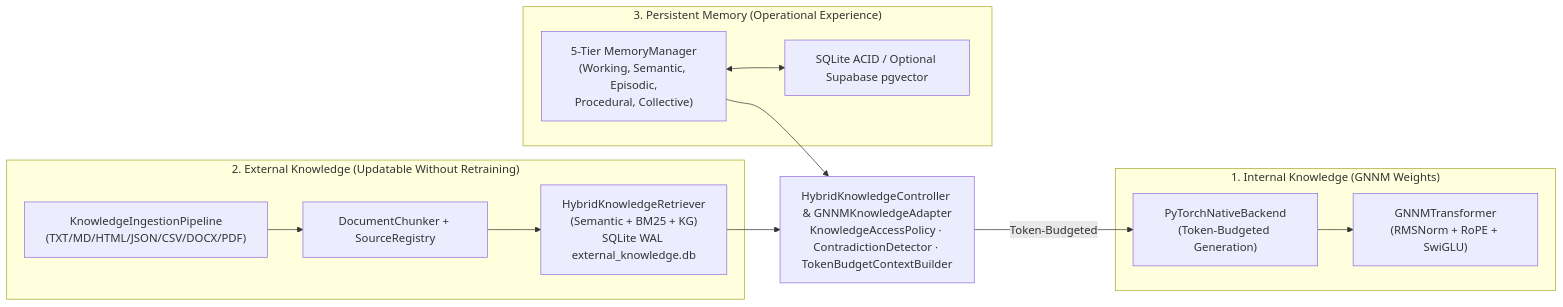
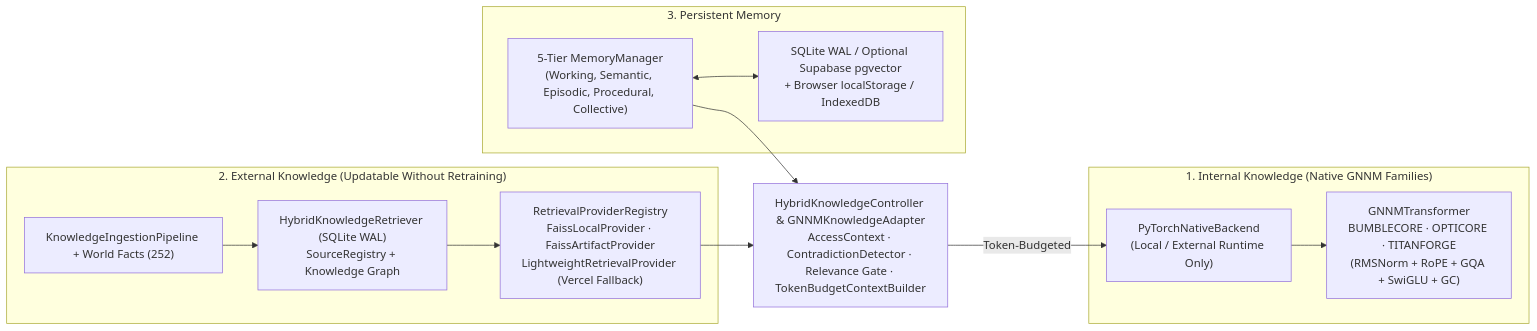
The first of 2 diagrams in ARCHITECTURE.md (hoed/gajahmada-ai), drawn with Mermaid before and after one commit. The commit also changed other lines of this file and 20 other files, not shown here.

Commit message:
update architecture and evolution

````diff
--- a/ARCHITECTURE.md
+++ b/ARCHITECTURE.md
@@ -18,26 +19,25 @@
 ```mermaid
 flowchart LR
-    subgraph SYS1["1. Internal Knowledge (GNNM Weights)"]
-        GNNM["GNNMTransformer<br/>(RMSNorm + RoPE + SwiGLU)"]
-        PYT["PyTorchNativeBackend<br/>(Token-Budgeted Generation)"]
+    subgraph SYS1["1. Internal Knowledge (Native GNNM Families)"]
+        GNNM["GNNMTransformer<br/>BUMBLECORE · OPTICORE · TITANFORGE<br/>(RMSNorm + RoPE + GQA + SwiGLU + GC)"]
+        PYT["PyTorchNativeBackend<br/>(Local / External Runtime Only)"]
     end
 
     subgraph SYS2["2. External Knowledge (Updatable Without Retraining)"]
-        ING["KnowledgeIngestionPipeline<br/>(TXT/MD/HTML/JSON/CSV/DOCX/PDF)"]
-        CHK["DocumentChunker + SourceRegistry"]
-        EXTDB["HybridKnowledgeRetriever<br/>(Semantic + BM25 + KG)<br/>SQLite WAL external_knowledge.db"]
+        ING["KnowledgeIngestionPipeline + World Facts (252)"]
+        PROV["RetrievalProviderRegistry<br/>FaissLocalProvider · FaissArtifactProvider<br/>LightweightRetrievalProvider (Vercel Fallback)"]
+        EXTDB["HybridKnowledgeRetriever (SQLite WAL)<br/>SourceRegistry + Knowledge Graph"]
     end
 
-    subgraph SYS3["3. Persistent Memory (Operational Experience)"]
-        MEM["5-Tier MemoryManager<br/>(Working, Semantic, Episodic,<br/>Procedural, Collective)"]
-        STORE["SQLite ACID / Optional Supabase pgvector"]
+    subgraph SYS3["3. Persistent Memory"]
+        MEM["5-Tier MemoryManager<br/>(Working, Semantic, Episodic, Procedural, Collective)"]
+        STORE["SQLite WAL / Optional Supabase pgvector<br/>+ Browser localStorage / IndexedDB"]
     end
 
-    CTRL["HybridKnowledgeController & GNNMKnowledgeAdapter<br/>KnowledgeAccessPolicy · ContradictionDetector · TokenBudgetContextBuilder"]
+    CTRL["HybridKnowledgeController & GNNMKnowledgeAdapter<br/>AccessContext · ContradictionDetector · Relevance Gate · TokenBudgetContextBuilder"]
 
-    ING --> CHK --> EXTDB
-    EXTDB --> CTRL
+    ING --> EXTDB --> PROV --> CTRL
     MEM <--> STORE
     MEM --> CTRL
     CTRL -->|"Token-Budgeted <untrusted_retrieved_data>"| PYT --> GNNM
 ```
````
